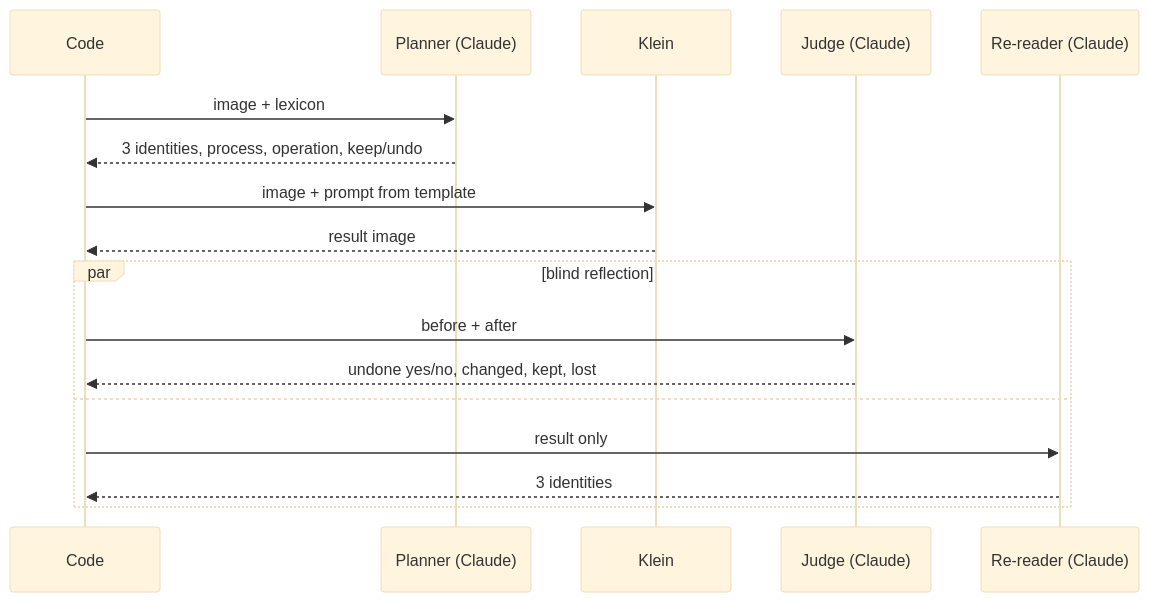
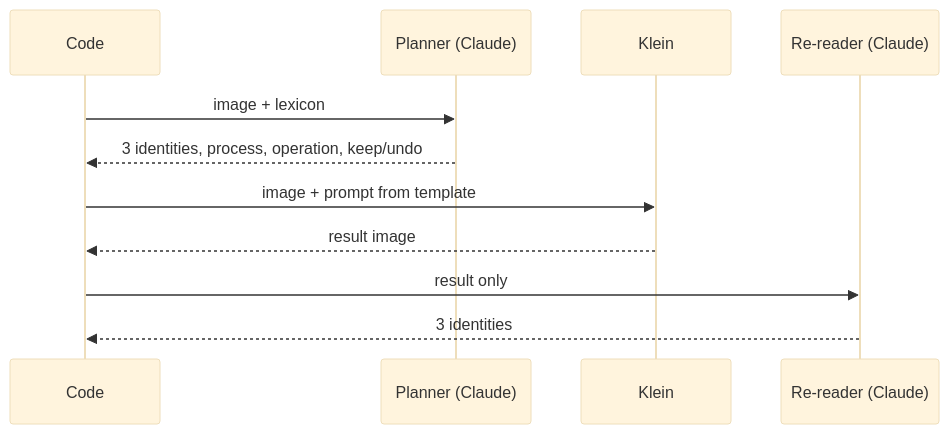
The second of 6 diagrams in docs/architecture.md (rbatra2000/backslash_art), drawn with Mermaid (base theme) before and after one commit. The commit also changed other lines of this file and 7 other files, not shown here.

First line of the commit message:
Remove the judge; keep planner, Klein and blind re-reader

````diff
--- a/docs/architecture.md
+++ b/docs/architecture.md
@@ -21,19 +21,13 @@
 ```mermaid
 sequenceDiagram
     participant C as Code
     participant P as Planner (Claude)
     participant K as Klein
-    participant J as Judge (Claude)
     participant R as Re-reader (Claude)
     C->>P: image + lexicon
     P-->>C: 3 identities, process, operation, keep/undo
     C->>K: image + prompt from template
     K-->>C: result image
-    par blind reflection
-        C->>J: before + after
-        J-->>C: undone yes/no, changed, kept, lost
-    and
-        C->>R: result only
-        R-->>C: 3 identities
-    end
+    C->>R: result only
+    R-->>C: 3 identities
 ```
````
